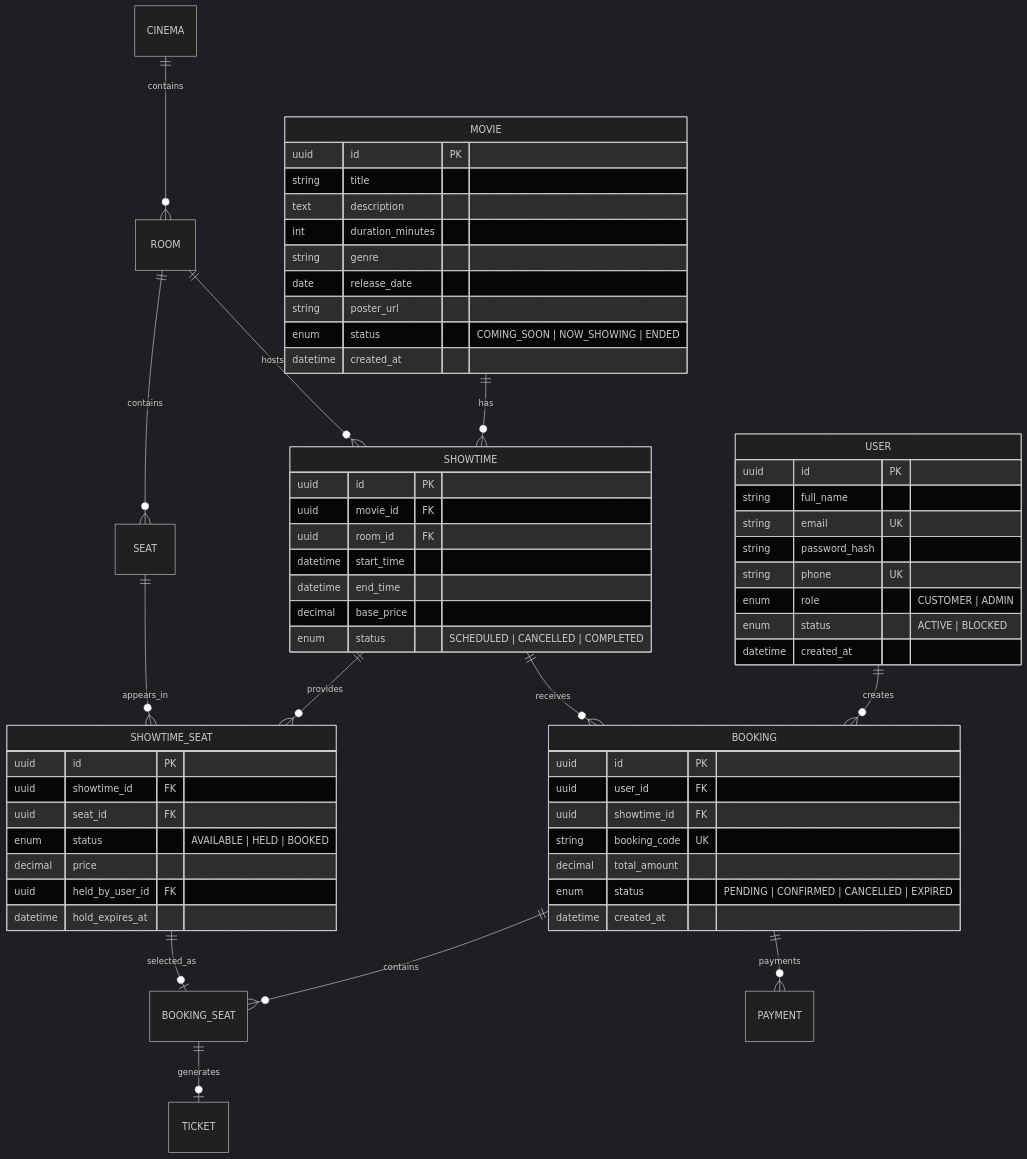
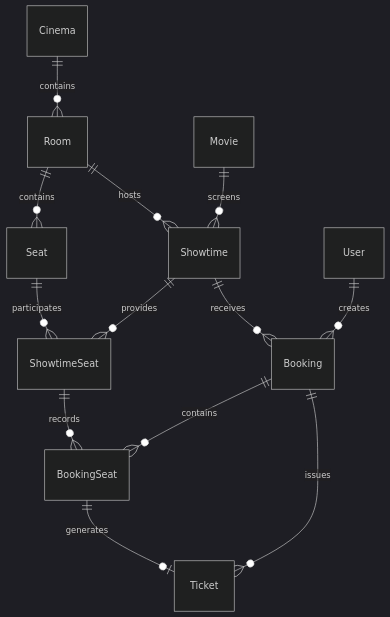
Before and after one commit to Hezu06/Cinema-Booking-System: the second of 2 diagrams in README.md, drawn with Mermaid (dark theme). The commit also changed other lines of this file, not shown here.

````diff
--- a/README.md
+++ b/README.md
@@ -147,68 +176,15 @@
 ```mermaid
 erDiagram
-    CINEMA ||--o{ ROOM : contains
-    ROOM ||--o{ SEAT : contains
-    ROOM ||--o{ SHOWTIME : hosts
-    MOVIE ||--o{ SHOWTIME : has
-    SHOWTIME ||--o{ SHOWTIME_SEAT : provides
-    SEAT ||--o{ SHOWTIME_SEAT : appears_in
-    SHOWTIME ||--o{ BOOKING : receives
-    USER ||--o{ BOOKING : creates
-    BOOKING ||--o{ BOOKING_SEAT : contains
-    SHOWTIME_SEAT ||--o| BOOKING_SEAT : selected_as
-    BOOKING_SEAT ||--o| TICKET : generates
-    BOOKING ||--o{ PAYMENT : payments
-
-    USER {
-        uuid id PK
-        string full_name
-        string email UK
-        string password_hash
-        string phone UK
-        enum role "CUSTOMER | ADMIN"
-        enum status "ACTIVE | BLOCKED"
-        datetime created_at
-    }
-
-    MOVIE {
-        uuid id PK
-        string title
-        text description
-        int duration_minutes
-        string genre
-        date release_date
-        string poster_url
-        enum status "COMING_SOON | NOW_SHOWING | ENDED"
-        datetime created_at
-    }
-
-    SHOWTIME {
-        uuid id PK
-        uuid movie_id FK
-        uuid room_id FK
-        datetime start_time
-        datetime end_time
-        decimal base_price
-        enum status "SCHEDULED | CANCELLED | COMPLETED"
-    }
-
-    SHOWTIME_SEAT {
-        uuid id PK
-        uuid showtime_id FK
-        uuid seat_id FK
-        enum status "AVAILABLE | HELD | BOOKED"
-        decimal price
-        uuid held_by_user_id FK
-        datetime hold_expires_at
-    }
-
-    BOOKING {
-        uuid id PK
-        uuid user_id FK
-        uuid showtime_id FK
-        string booking_code UK
-        decimal total_amount
-        enum status "PENDING | CONFIRMED | CANCELLED | EXPIRED"
-        datetime created_at
-    }
+    Cinema ||--o{ Room : contains
+    Room ||--o{ Seat : contains
+    Room ||--o{ Showtime : hosts
+    Movie ||--o{ Showtime : screens
+    Showtime ||--o{ ShowtimeSeat : provides
+    Seat ||--o{ ShowtimeSeat : participates
+    User ||--o{ Booking : creates
+    Showtime ||--o{ Booking : receives
+    Booking ||--o{ BookingSeat : contains
+    ShowtimeSeat ||--o{ BookingSeat : records
+    Booking ||--o{ Ticket : issues
+    BookingSeat ||--o| Ticket : generates
 ```
````
